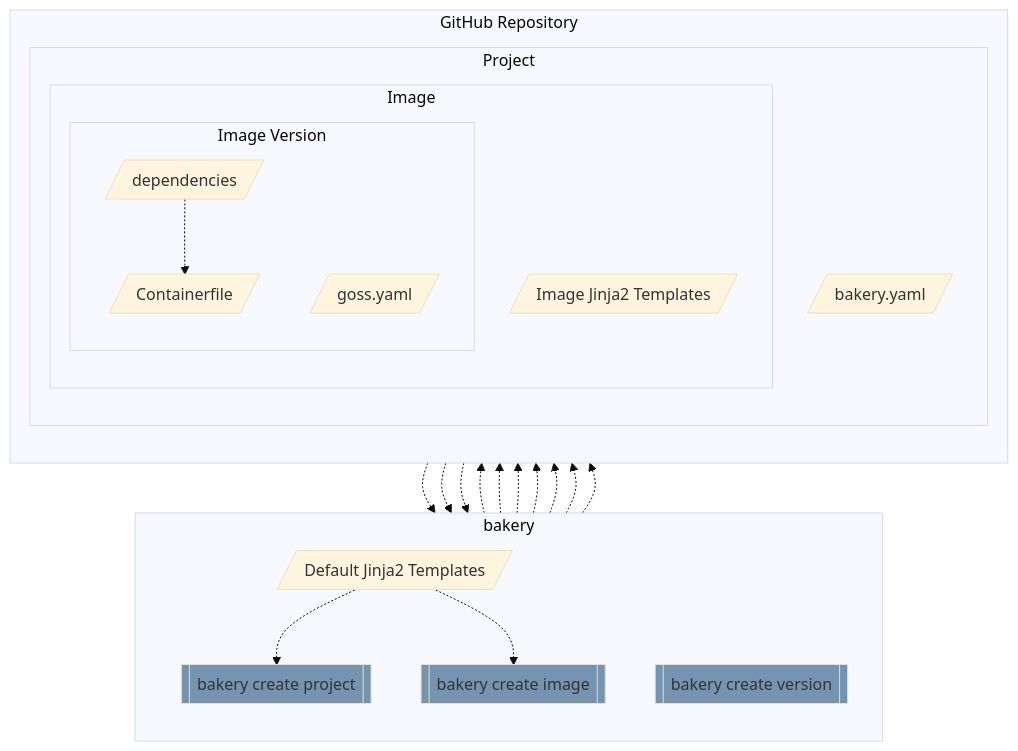
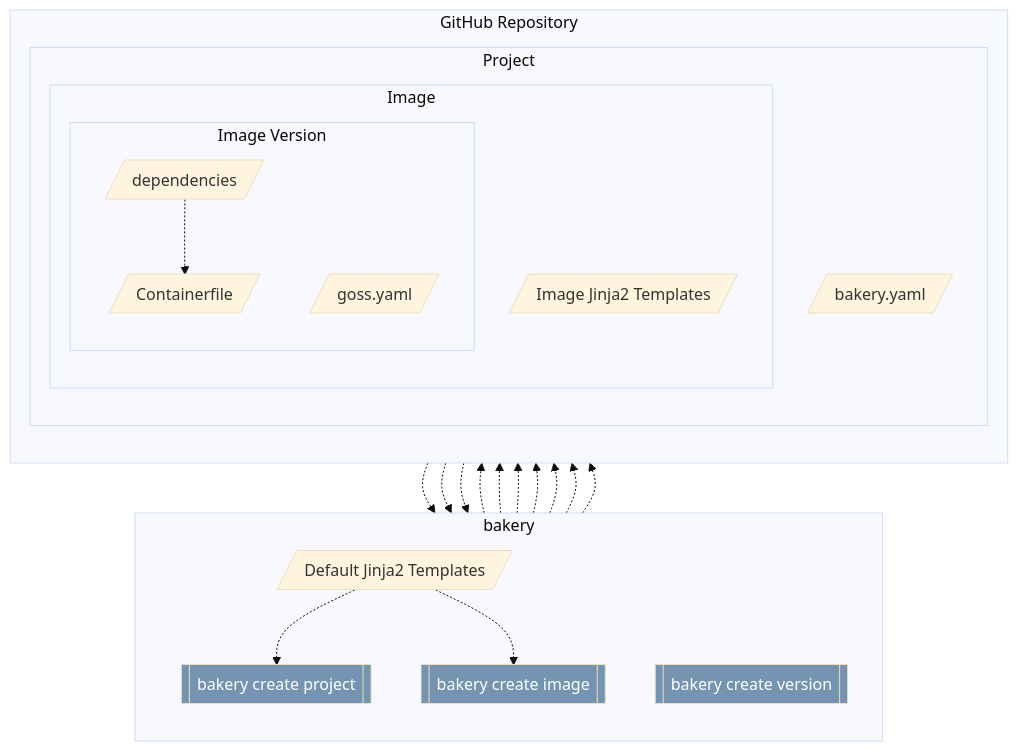
Before and after one commit to posit-dev/images-shared: the third of 7 diagrams in posit-bakery/docs/architecture.qmd, drawn with Mermaid (base theme). The commit also changed other lines of this file and 1 other file, not shown here.

First line of the commit message:
fix: improve text contrast in Mermaid architecture diagrams

````diff
--- a/posit-bakery/docs/architecture.qmd
+++ b/posit-bakery/docs/architecture.qmd
@@ -78,48 +78,48 @@
 ```{mermaid}
 flowchart TD
 
     subgraph "bakery"
         direction TB
 
         templatesDefault[/Default Jinja2 Templates/]
         createProject[[bakery create project]]
         createImage[[bakery create image]]
         createVersion[[bakery create version]]
     end
 
     subgraph "GitHub Repository"
         direction TB
         subgraph "Project"
             config[/bakery.yaml/]
 
             subgraph "Image"
                 templatesImage[/Image Jinja2 Templates/]
 
                 subgraph "Image Version"
                     containerfile[/Containerfile/]
 
                     deps[/dependencies/]
                     tests[/goss.yaml/]
                 end
                 deps -.-> containerfile
             end
         end
 
         templatesDefault -.-> createProject -.-> config
 
         config -.-> createImage
         createImage -.-> config
         templatesDefault -.-> createImage -.-> templatesImage
 
         templatesImage -.-> createVersion -.-> tests & deps & containerfile
         createVersion -.-> config
         config -.-> createVersion
     end
 
-    classDef tooling fill:#7494B1
-    classDef external fill:grey
+    classDef tooling fill:#7494B1,color:#fff
+    classDef external fill:grey,color:#fff
     classDef progress stroke-dasharray: 2 2
     classDef todo stroke-dasharray: 3 8
 
     class createProject,createImage,createVersion tooling
 ```
````
